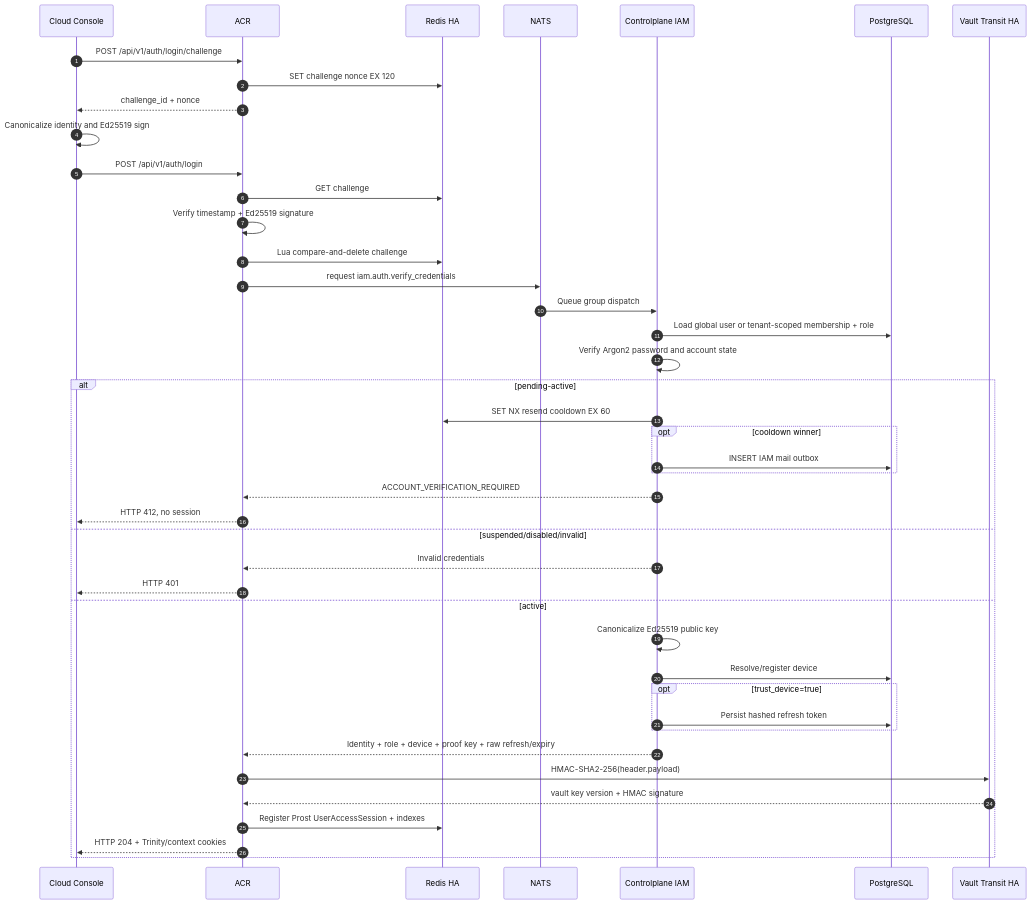
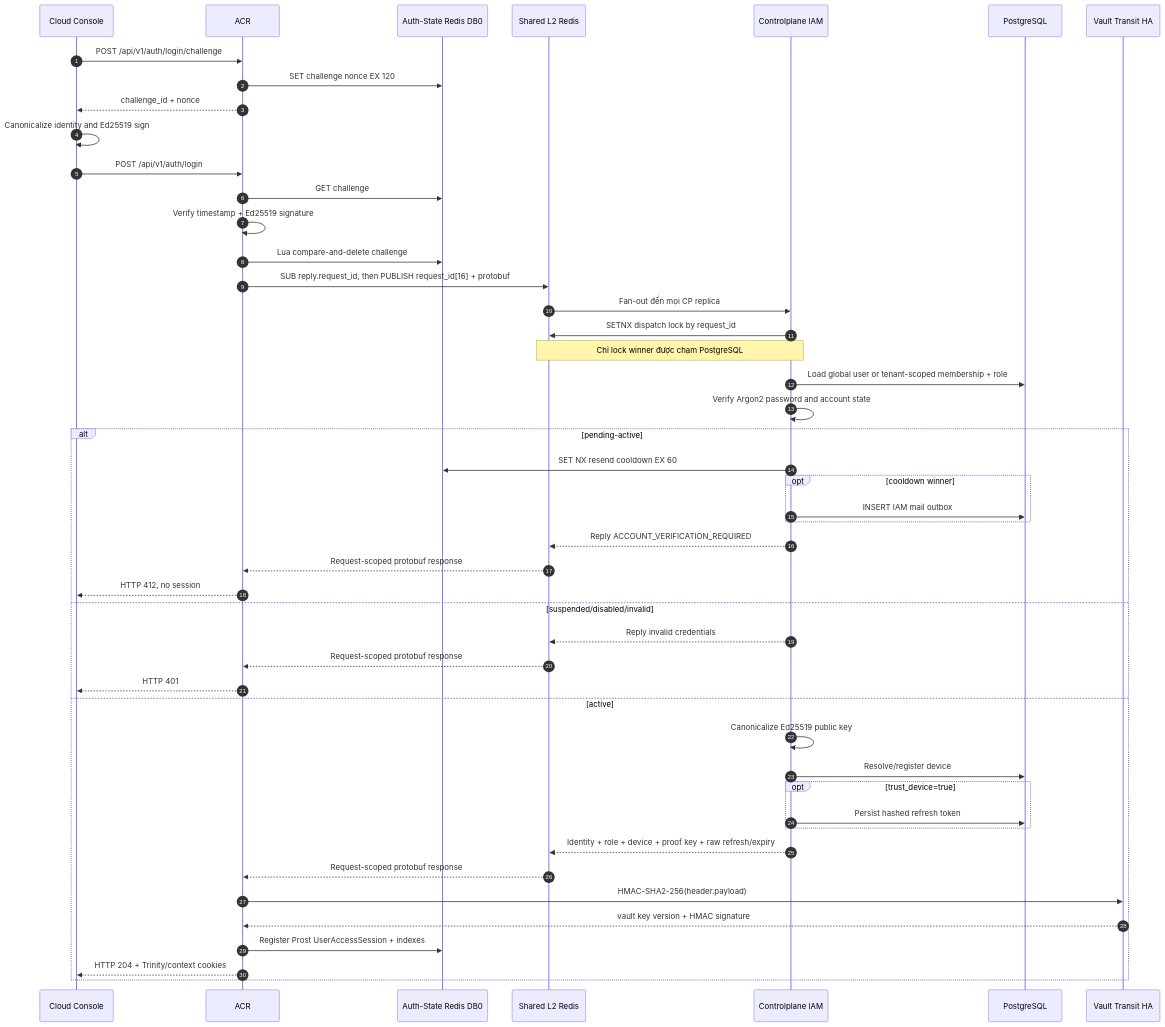
One commit to phucle996/aurora changed the second of 3 diagrams in god_view/iam/user_login_god_view_workflow.md. Above: the diagram before and after it, drawn with Mermaid. The commit also changed other lines of this file and 137 other files, not shown here.

Commit message:
refactor: migrate infrastructure communication from NATS to Redis across controlplane, dataplane, notification-service, cost-manager, and acr modules

````diff
--- a/god_view/iam/user_login_god_view_workflow.md
+++ b/god_view/iam/user_login_god_view_workflow.md
@@ -195,46 +195,51 @@
 ```mermaid
 sequenceDiagram
     autonumber
     participant UI as Cloud Console
     participant ACR
-    participant Redis as Redis HA
-    participant NATS
+    participant AuthRedis as Auth-State Redis DB0
+    participant SharedRedis as Shared L2 Redis
     participant IAM as Controlplane IAM
     participant DB as PostgreSQL
     participant Vault as Vault Transit HA
 
     UI->>ACR: POST /api/v1/auth/login/challenge
-    ACR->>Redis: SET challenge nonce EX 120
+    ACR->>AuthRedis: SET challenge nonce EX 120
     ACR-->>UI: challenge_id + nonce
     UI->>UI: Canonicalize identity and Ed25519 sign
     UI->>ACR: POST /api/v1/auth/login
-    ACR->>Redis: GET challenge
+    ACR->>AuthRedis: GET challenge
     ACR->>ACR: Verify timestamp + Ed25519 signature
-    ACR->>Redis: Lua compare-and-delete challenge
-    ACR->>NATS: request iam.auth.verify_credentials
-    NATS->>IAM: Queue group dispatch
+    ACR->>AuthRedis: Lua compare-and-delete challenge
+    ACR->>SharedRedis: SUB reply.request_id, then PUBLISH request_id[16] + protobuf
+    SharedRedis->>IAM: Fan-out đến mọi CP replica
+    IAM->>SharedRedis: SETNX dispatch lock by request_id
+    Note over IAM,SharedRedis: Chỉ lock winner được chạm PostgreSQL
     IAM->>DB: Load global user or tenant-scoped membership + role
     IAM->>IAM: Verify Argon2 password and account state
     alt pending-active
-        IAM->>Redis: SET NX resend cooldown EX 60
+        IAM->>AuthRedis: SET NX resend cooldown EX 60
         opt cooldown winner
             IAM->>DB: INSERT IAM mail outbox
         end
-        IAM-->>ACR: ACCOUNT_VERIFICATION_REQUIRED
+        IAM-->>SharedRedis: Reply ACCOUNT_VERIFICATION_REQUIRED
+        SharedRedis-->>ACR: Request-scoped protobuf response
         ACR-->>UI: HTTP 412, no session
     else suspended/disabled/invalid
-        IAM-->>ACR: Invalid credentials
+        IAM-->>SharedRedis: Reply invalid credentials
+        SharedRedis-->>ACR: Request-scoped protobuf response
         ACR-->>UI: HTTP 401
     else active
         IAM->>IAM: Canonicalize Ed25519 public key
         IAM->>DB: Resolve/register device
         opt trust_device=true
             IAM->>DB: Persist hashed refresh token
         end
-        IAM-->>ACR: Identity + role + device + proof key + raw refresh/expiry
+        IAM-->>SharedRedis: Identity + role + device + proof key + raw refresh/expiry
+        SharedRedis-->>ACR: Request-scoped protobuf response
         ACR->>Vault: HMAC-SHA2-256(header.payload)
         Vault-->>ACR: vault key version + HMAC signature
-        ACR->>Redis: Register Prost UserAccessSession + indexes
+        ACR->>AuthRedis: Register Prost UserAccessSession + indexes
         ACR-->>UI: HTTP 204 + Trinity/context cookies
     end
 ```
````
